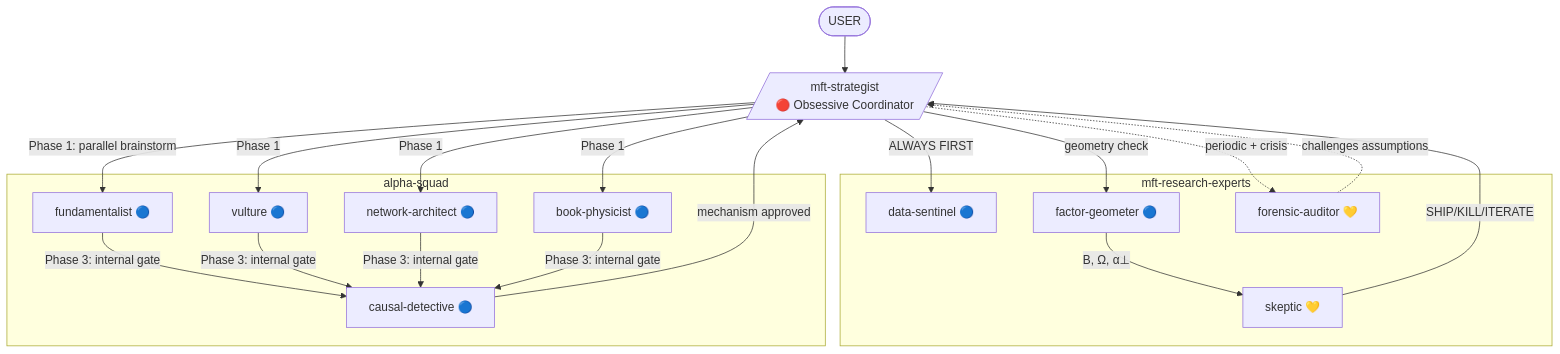
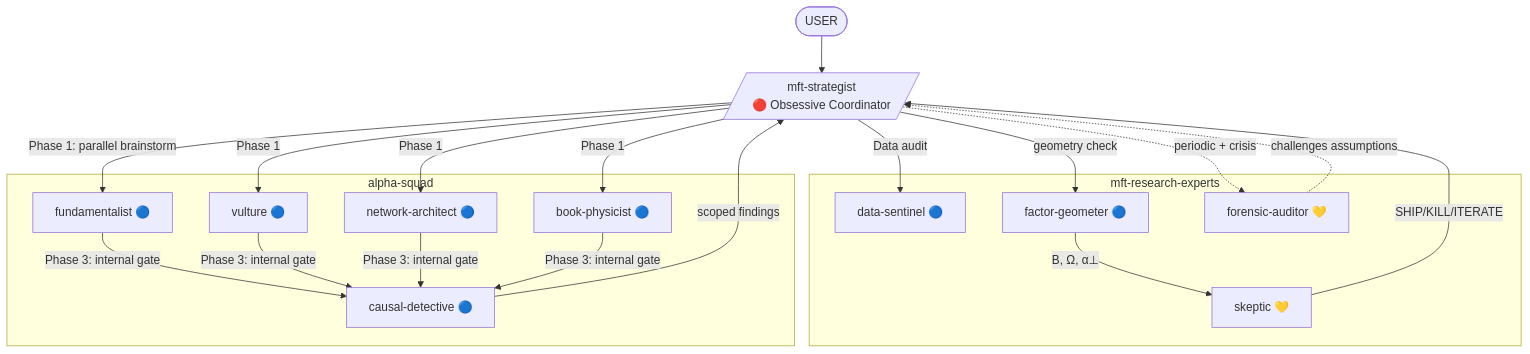
One commit to VladKochetov007/WunderFunder changed the diagram in skills/mft-research-experts/agents/mft-strategist.md. Above: the diagram before and after it, drawn with Mermaid. The commit also changed other lines of this file and 19 other files, not shown here.

````diff
--- a/skills/mft-research-experts/agents/mft-strategist.md
+++ b/skills/mft-research-experts/agents/mft-strategist.md
@@ -119,32 +122,32 @@
 ```mermaid
 flowchart TD
     USER([USER]) --> strat[/"mft-strategist<br/>🔴 Obsessive Coordinator"/]
 
     subgraph mft [mft-research-experts]
         sentinel["data-sentinel 🔵"]
         fgeom["factor-geometer 🔵"]
         skep["skeptic 💛"]
         audit["forensic-auditor 💛"]
     end
 
     subgraph squad [alpha-squad]
         fund["fundamentalist 🔵"]
         vult["vulture 🔵"]
         netarch["network-architect 🔵"]
         bphys["book-physicist 🔵"]
         causal["causal-detective 🔵"]
     end
 
-    strat -->|"ALWAYS FIRST"| sentinel
+    strat -->|"Data audit"| sentinel
     strat -->|"Phase 1: parallel brainstorm"| fund
     strat -->|"Phase 1"| vult
     strat -->|"Phase 1"| netarch
     strat -->|"Phase 1"| bphys
     fund & vult & netarch & bphys -->|"Phase 3: internal gate"| causal
-    causal -->|"mechanism approved"| strat
+    causal -->|"scoped findings"| strat
     strat -->|"geometry check"| fgeom
     fgeom -->|"B, Ω, α⊥"| skep
     skep -->|"SHIP/KILL/ITERATE"| strat
     strat -.->|"periodic + crisis"| audit
     audit -.->|"challenges assumptions"| strat
 ```
````
